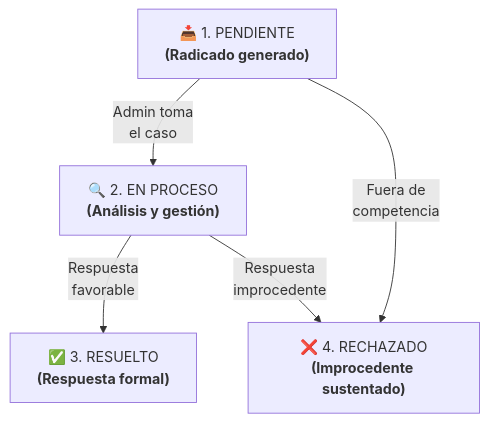
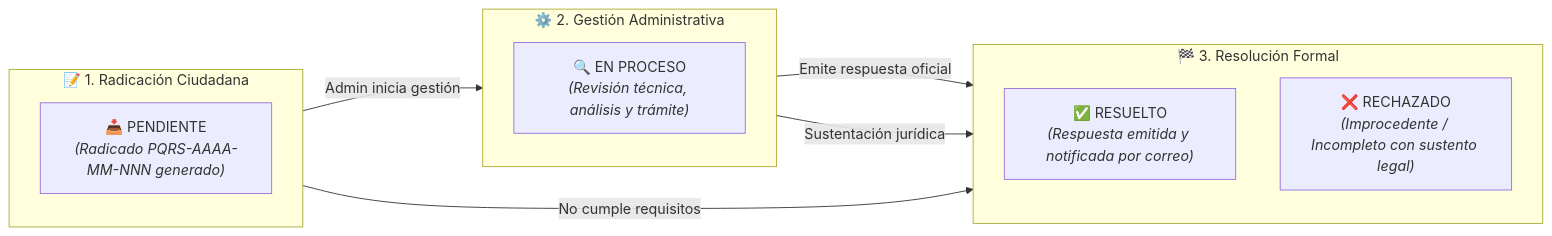
One commit to Santiago072/SistemaPQRS changed the first of 2 diagrams in docs/Especificacion_Requisitos.md. Above: the diagram before and after it, drawn with Mermaid.

Commit message:
docs: restaurar diseno original horizontal graph LR del ciclo de vida PQRS

````diff
--- a/docs/Especificacion_Requisitos.md
+++ b/docs/Especificacion_Requisitos.md
@@ -17,12 +17,23 @@
 ```mermaid
-flowchart TD
-    A["📥 1. PENDIENTE<br/><b>(Radicado generado)</b>"]
-    B["🔍 2. EN PROCESO<br/><b>(Análisis y gestión)</b>"]
-    C["✅ 3. RESUELTO<br/><b>(Respuesta formal)</b>"]
-    D["❌ 4. RECHAZADO<br/><b>(Improcedente sustentado)</b>"]
+graph LR
+    subgraph RADICACION["📝 1. Radicación Ciudadana"]
+        direction TB
+        E1["📥 PENDIENTE<br/><i>(Radicado PQRS-AAAA-MM-NNN generado)</i>"]
+    end
 
-    A -->|"Admin toma<br/>el caso"| B
-    A -->|"Fuera de<br/>competencia"| D
-    B -->|"Respuesta<br/>favorable"| C
-    B -->|"Respuesta<br/>improcedente"| D
+    subgraph GESTION["⚙️ 2. Gestión Administrativa"]
+        direction TB
+        E2["🔍 EN PROCESO<br/><i>(Revisión técnica, análisis y trámite)</i>"]
+    end
+
+    subgraph CIERRE["🏁 3. Resolución Formal"]
+        direction TB
+        E3["✅ RESUELTO<br/><i>(Respuesta emitida y notificada por correo)</i>"]
+        E4["❌ RECHAZADO<br/><i>(Improcedente / Incompleto con sustento legal)</i>"]
+    end
+
+    E1 -->|"Admin inicia gestión"| E2
+    E1 -->|"No cumple requisitos"| E4
+    E2 -->|"Emite respuesta oficial"| E3
+    E2 -->|"Sustentación jurídica"| E4
 ```
````
